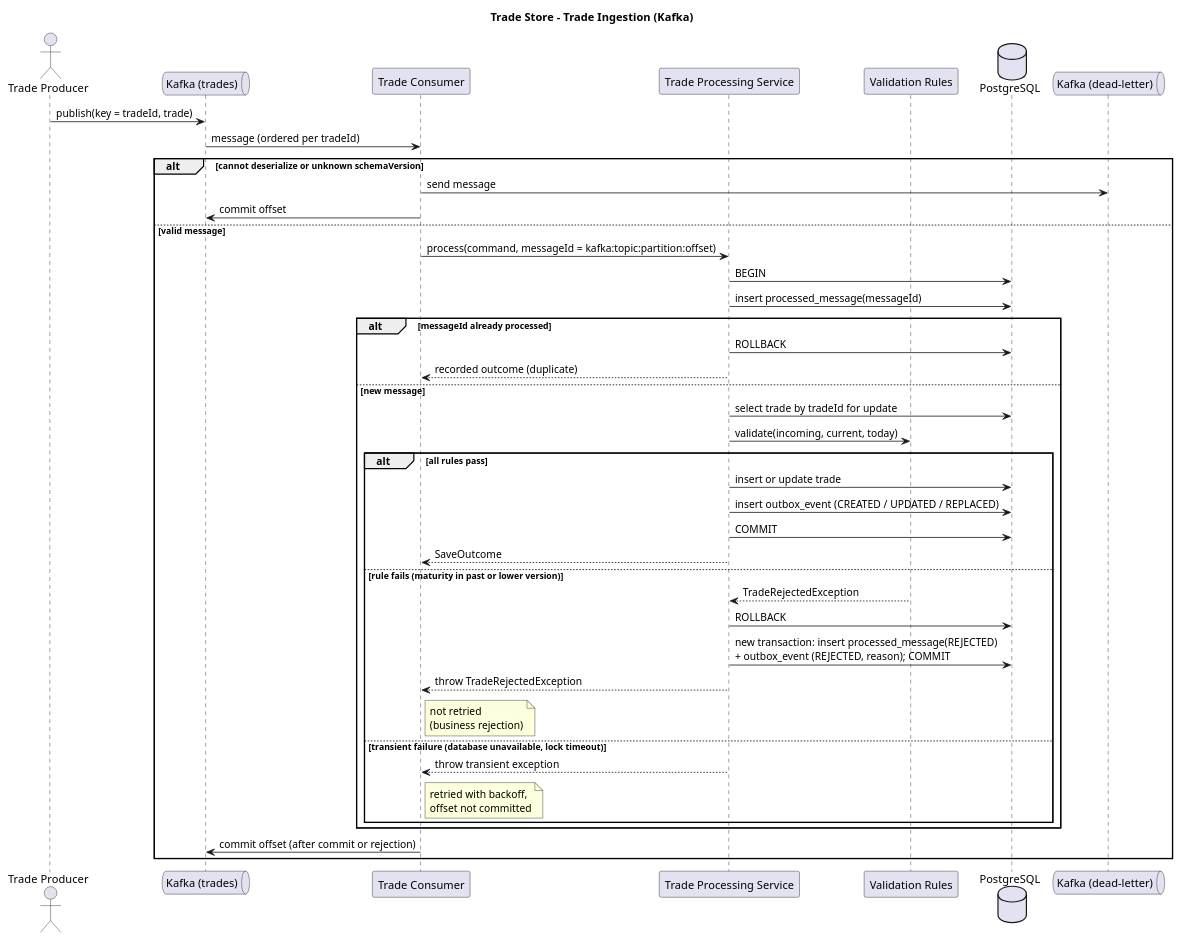
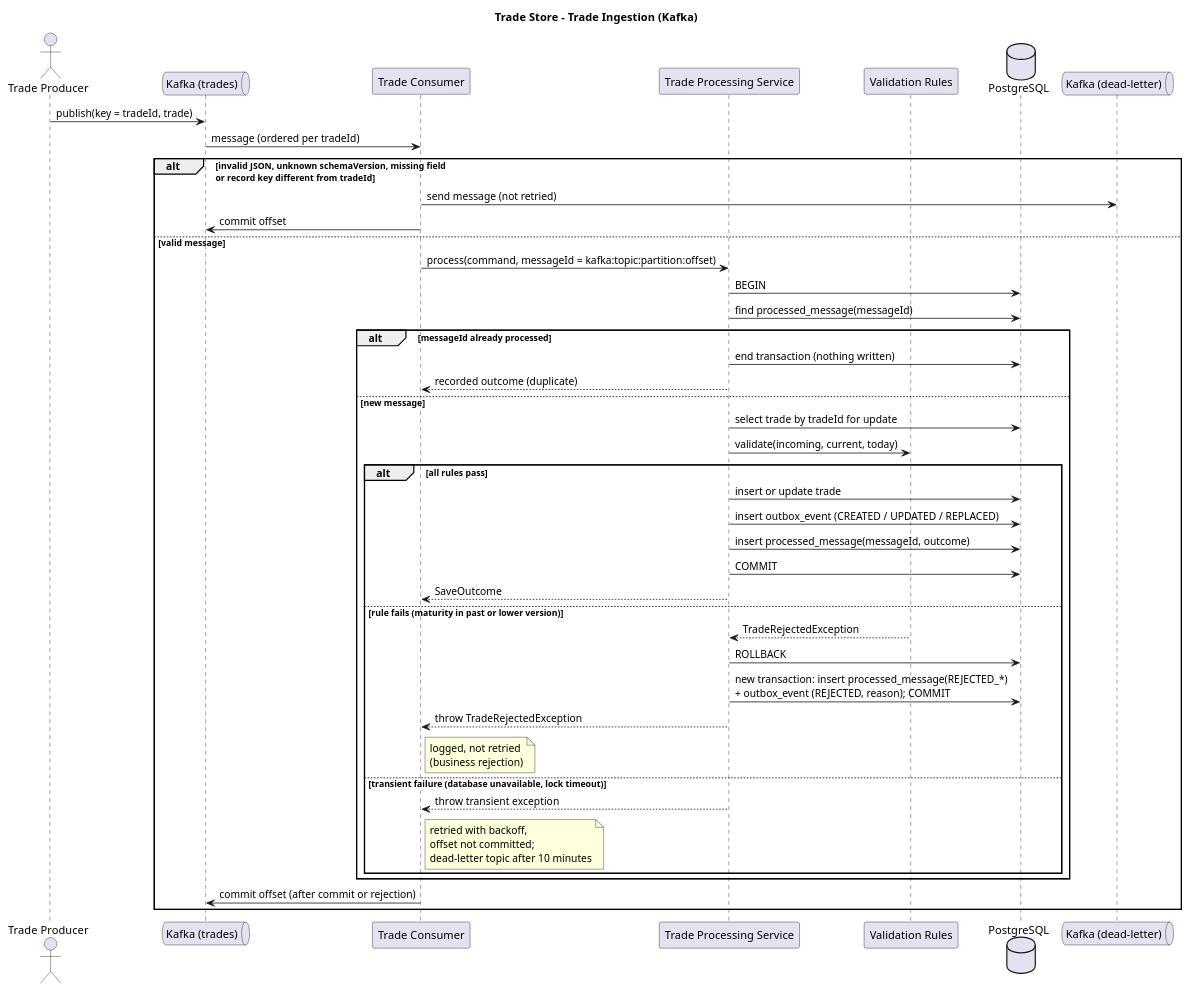
The diagram in docs/diagrams/sequence-ingestion.puml (jabhijeet/trade-store), drawn with PlantUML before and after one commit. The commit also changed 37 other files, not shown here.

```diff
--- a/docs/diagrams/sequence-ingestion.puml
+++ b/docs/diagrams/sequence-ingestion.puml
@@ -1,46 +1,47 @@
 @startuml sequence-ingestion
 title Trade Store - Trade Ingestion (Kafka)
 
 actor "Trade Producer" as producer
 queue "Kafka (trades)" as kafka
 participant "Trade Consumer" as consumer
 participant "Trade Processing Service" as processing
 participant "Validation Rules" as rules
 database "PostgreSQL" as postgres
 queue "Kafka (dead-letter)" as dlt
 
 producer -> kafka : publish(key = tradeId, trade)
 kafka -> consumer : message (ordered per tradeId)
 
-alt cannot deserialize or unknown schemaVersion
-  consumer -> dlt : send message
+alt invalid JSON, unknown schemaVersion, missing field\nor record key different from tradeId
+  consumer -> dlt : send message (not retried)
   consumer -> kafka : commit offset
 else valid message
   consumer -> processing : process(command, messageId = kafka:topic:partition:offset)
   processing -> postgres : BEGIN
-  processing -> postgres : insert processed_message(messageId)
+  processing -> postgres : find processed_message(messageId)
   alt messageId already processed
-    processing -> postgres : ROLLBACK
+    processing -> postgres : end transaction (nothing written)
     processing --> consumer : recorded outcome (duplicate)
   else new message
     processing -> postgres : select trade by tradeId for update
     processing -> rules : validate(incoming, current, today)
     alt all rules pass
       processing -> postgres : insert or update trade
       processing -> postgres : insert outbox_event (CREATED / UPDATED / REPLACED)
+      processing -> postgres : insert processed_message(messageId, outcome)
       processing -> postgres : COMMIT
       processing --> consumer : SaveOutcome
     else rule fails (maturity in past or lower version)
       rules --> processing : TradeRejectedException
       processing -> postgres : ROLLBACK
-      processing -> postgres : new transaction: insert processed_message(REJECTED)\n+ outbox_event (REJECTED, reason); COMMIT
+      processing -> postgres : new transaction: insert processed_message(REJECTED_*)\n+ outbox_event (REJECTED, reason); COMMIT
       processing --> consumer : throw TradeRejectedException
-      note right of consumer : not retried\n(business rejection)
+      note right of consumer : logged, not retried\n(business rejection)
     else transient failure (database unavailable, lock timeout)
       processing --> consumer : throw transient exception
-      note right of consumer : retried with backoff,\noffset not committed
+      note right of consumer : retried with backoff,\noffset not committed;\ndead-letter topic after 10 minutes
     end
   end
   consumer -> kafka : commit offset (after commit or rejection)
 end
 @enduml
```
